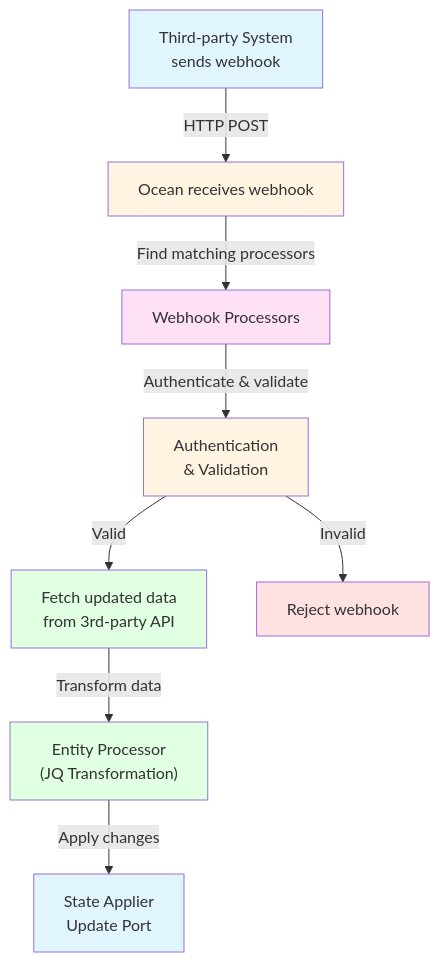
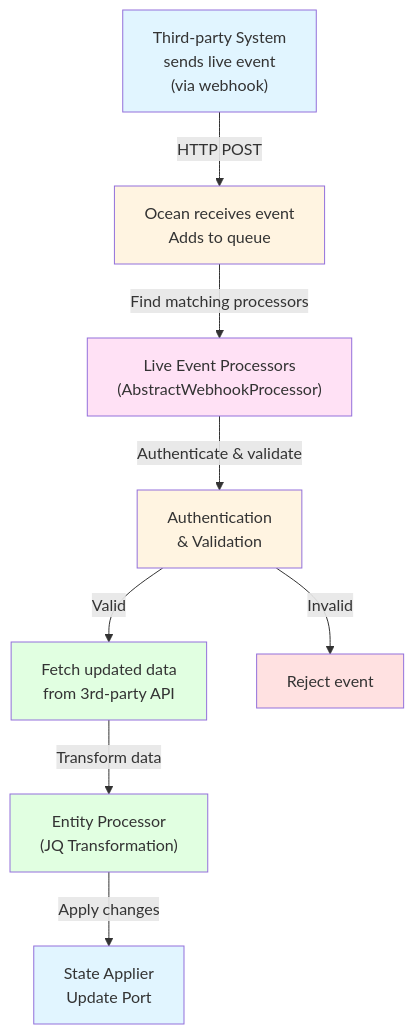
One commit to port-labs/ocean changed the diagram in docs/framework-guides/docs/framework/architecture/webhooks.md. Above: the diagram before and after it, drawn with Mermaid. The commit also changed other lines of this file and 5 other files, not shown here.

````diff
--- a/docs/framework-guides/docs/framework/architecture/webhooks.md
+++ b/docs/framework-guides/docs/framework/architecture/webhooks.md
@@ -14,19 +18,19 @@
 ```mermaid
 flowchart TD
-    A["Third-party System<br/>sends webhook"] -->|HTTP POST| B["Ocean receives webhook"]
-    B -->|Find matching processors| C["Webhook Processors"]
+    A["Third-party System<br/>sends live event<br/>(via webhook)"] -->|HTTP POST| B["Ocean receives event<br/>Adds to queue"]
+    B -->|Find matching processors| C["Live Event Processors<br/>(AbstractWebhookProcessor)"]
     C -->|Authenticate & validate| D["Authentication<br/>& Validation"]
     D -->|Valid| E["Fetch updated data<br/>from 3rd-party API"]
-    D -->|Invalid| F["Reject webhook"]
+    D -->|Invalid| F["Reject event"]
     E -->|Transform data| G["Entity Processor<br/>(JQ Transformation)"]
     G -->|Apply changes| H["State Applier<br/>Update Port"]
 
     style A fill:#e1f5ff
     style B fill:#fff4e1
     style C fill:#ffe1f5
     style D fill:#fff4e1
     style E fill:#e1ffe1
     style F fill:#ffe1e1
     style G fill:#e1ffe1
     style H fill:#e1f5ff
 ```
````
